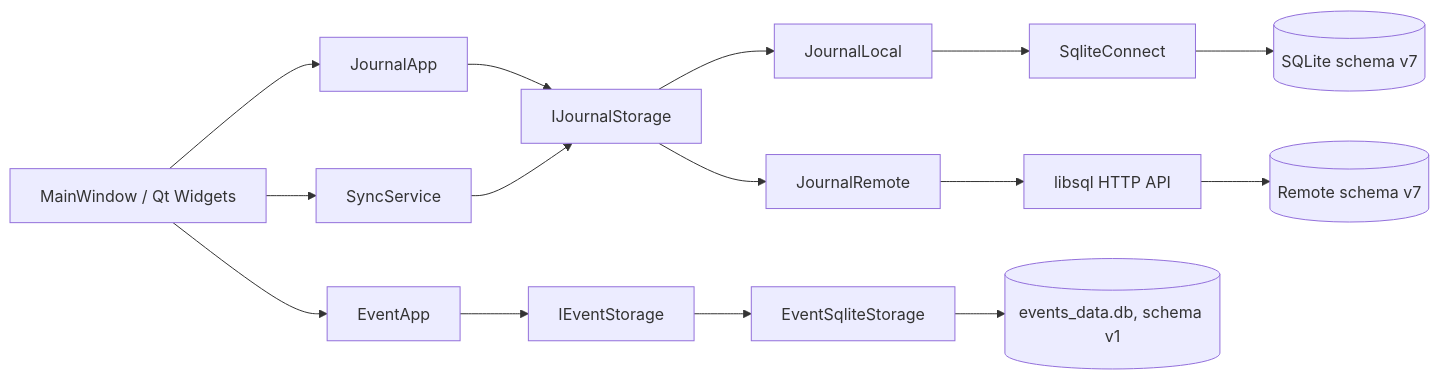
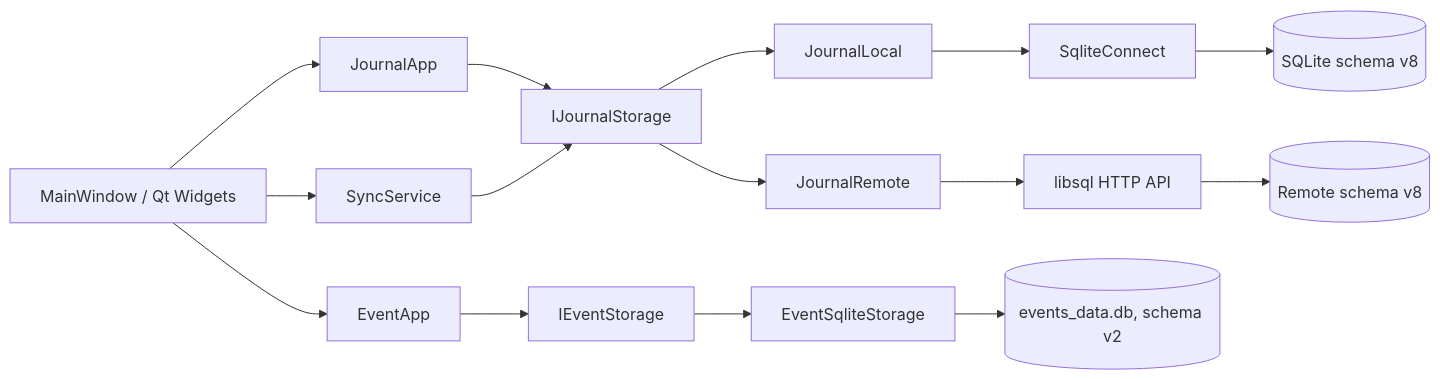
Before and after one commit to Satkhar/journal_app: the diagram in doc/arch.md, drawn with Mermaid. The commit also changed other lines of this file and 27 other files, not shown here.

````diff
--- a/doc/arch.md
+++ b/doc/arch.md
@@ -5,17 +5,17 @@
 ```mermaid
 flowchart LR
   UI[MainWindow / Qt Widgets] --> APP[JournalApp]
   APP --> ST[IJournalStorage]
   ST --> LOCAL[JournalLocal]
   ST --> REMOTE[JournalRemote]
   LOCAL --> SQLITE[SqliteConnect]
-  SQLITE --> LDB[(SQLite schema v7)]
+  SQLITE --> LDB[(SQLite schema v8)]
   REMOTE --> API[libsql HTTP API]
-  API --> RDB[(Remote schema v7)]
+  API --> RDB[(Remote schema v8)]
   UI --> SYNC[SyncService]
   SYNC --> ST
   UI --> EAPP[EventApp]
   EAPP --> EST[IEventStorage]
   EST --> ESQL[EventSqliteStorage]
-  ESQL --> EDB[(events_data.db, schema v1)]
+  ESQL --> EDB[(events_data.db, schema v2)]
 ```
````
